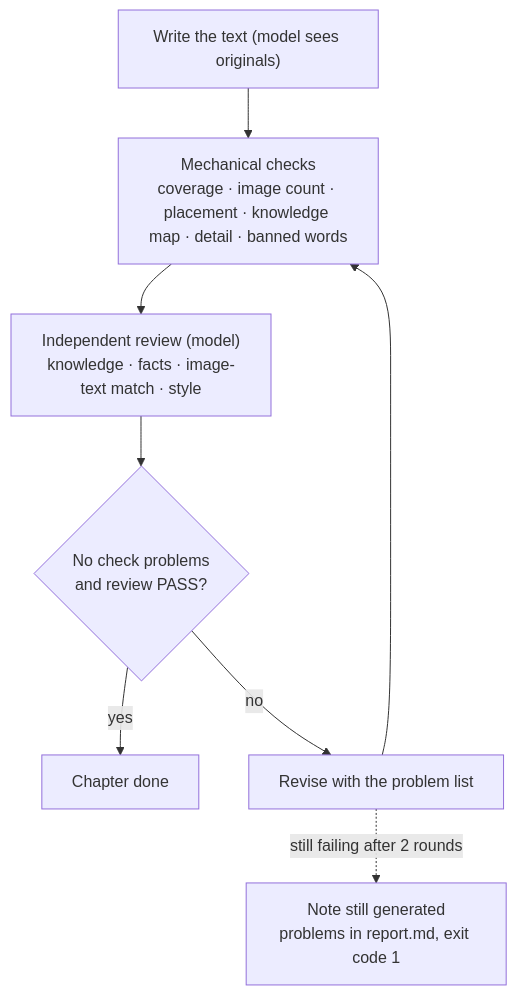
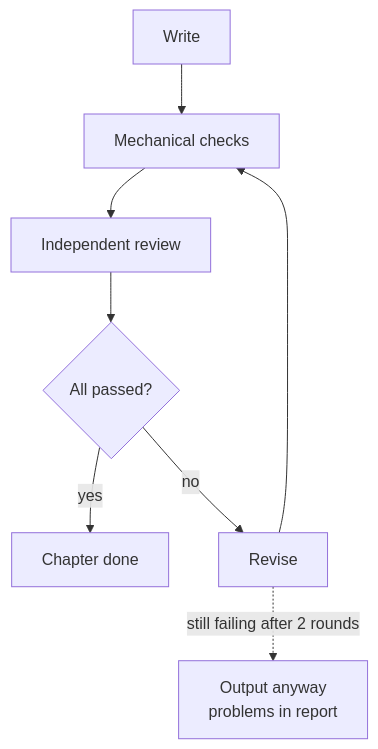
The seventh of 7 diagrams in README.en.md (songyang8964/video-notes), drawn with Mermaid before and after one commit. The commit also changed other lines of this file and 2 other files, not shown here.

Commit message:
README: usage first, short diagram labels, timeline as a table

````diff
--- a/README.en.md
+++ b/README.en.md
@@ -462,10 +472,10 @@
 ```mermaid
 flowchart TD
-    W["Write the text (model sees originals)"] --> C["Mechanical checks<br/>coverage · image count · placement · knowledge map · detail · banned words"]
-    C --> R["Independent review (model)<br/>knowledge · facts · image-text match · style"]
-    R --> J{"No check problems<br/>and review PASS?"}
+    W["Write"] --> C["Mechanical checks"]
+    C --> R["Independent review"]
+    R --> J{"All passed?"}
     J -- yes --> OK["Chapter done"]
-    J -- no --> F["Revise with the problem list"]
+    J -- no --> F["Revise"]
     F --> C
-    F -. still failing after 2 rounds .-> REP["Note still generated<br/>problems in report.md, exit code 1"]
+    F -. still failing after 2 rounds .-> REP["Output anyway<br/>problems in report"]
 ```
````
